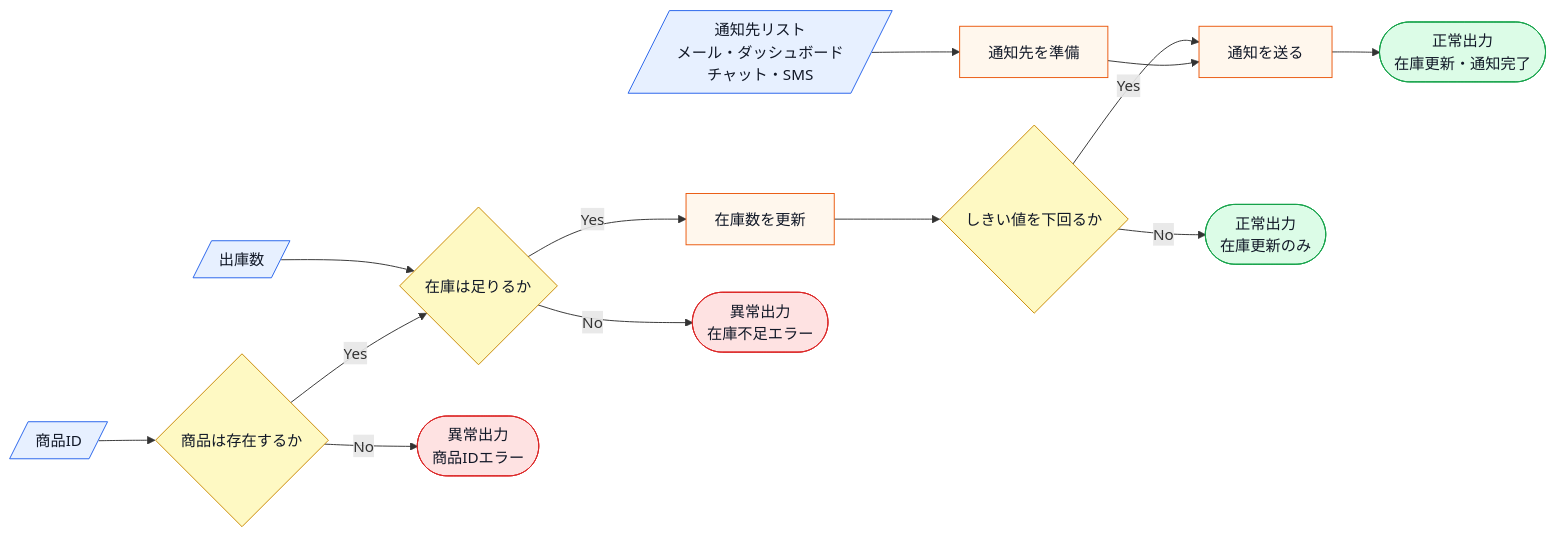
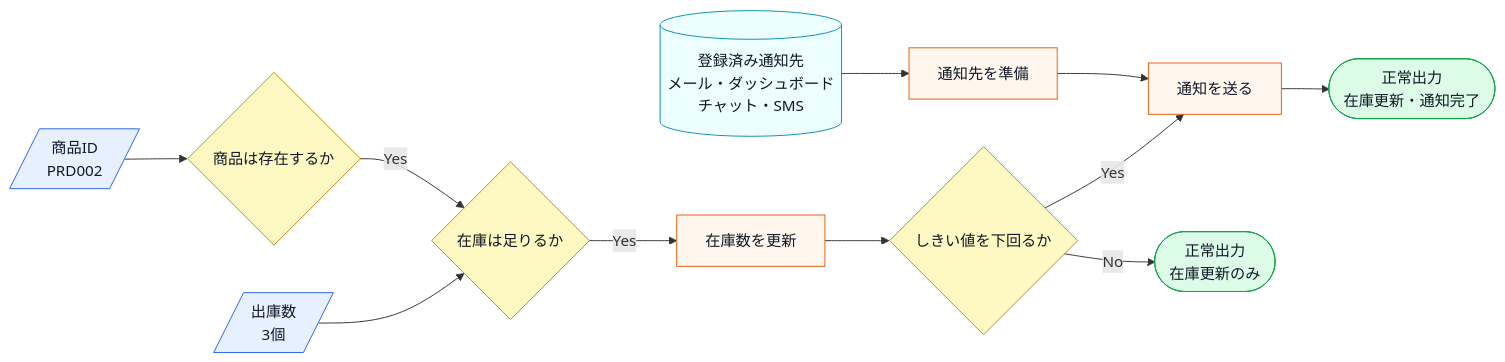
Before and after one commit to kumachan1101-pixel/DesignPattern: the fourth of 8 diagrams in kindle/design-patterns/output/chapter07.md, drawn with Mermaid. The commit also changed other lines of this file and 11 other files, not shown here.

Commit message:
docs: 残タスクの仕様図と外部境界を全章反映

````diff
--- a/kindle/design-patterns/output/chapter07.md
+++ b/kindle/design-patterns/output/chapter07.md
@@ -437,21 +467,19 @@
 ```mermaid
 flowchart LR
-    A[/商品ID/]:::input --> B{商品は存在するか}:::decision
-    C[/出庫数/]:::input --> D{在庫は足りるか}:::decision
-    E[/通知先リスト<br>メール・ダッシュボード<br>チャット・SMS/]:::input --> F[通知先を準備]:::process
+    A[/商品ID<br>PRD002/]:::input --> B{商品は存在するか}:::decision
+    C[/出庫数<br>3個/]:::input --> D{在庫は足りるか}:::decision
+    E[(登録済み通知先<br>メール・ダッシュボード<br>チャット・SMS)]:::data --> F[通知先を準備]:::process
     B -->|Yes| D
     D -->|Yes| G[在庫数を更新]:::process
     G --> H{しきい値を下回るか}:::decision
     H -->|Yes| I[通知を送る]:::process
     F --> I
     H -->|No| J([正常出力<br>在庫更新のみ]):::normal
     I --> K([正常出力<br>在庫更新・通知完了]):::normal
-    B -->|No| L([異常出力<br>商品IDエラー]):::error
-    D -->|No| M([異常出力<br>在庫不足エラー]):::error
 
+    classDef data fill:#ecfeff,stroke:#0891b2,color:#111827;
     classDef input fill:#e7f0ff,stroke:#2563eb,color:#111827;
     classDef process fill:#fff7ed,stroke:#ea580c,color:#111827;
     classDef decision fill:#fef9c3,stroke:#ca8a04,color:#111827;
     classDef normal fill:#dcfce7,stroke:#16a34a,color:#111827;
-    classDef error fill:#fee2e2,stroke:#dc2626,color:#111827;
 ```
````
